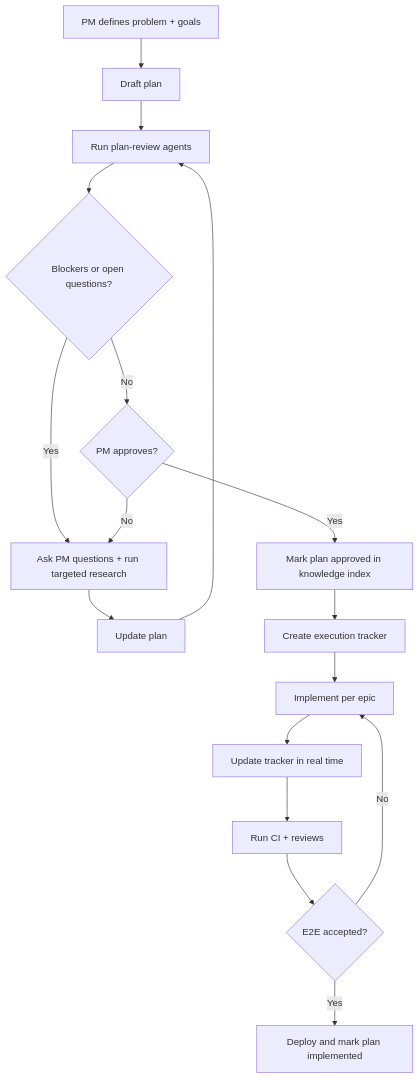
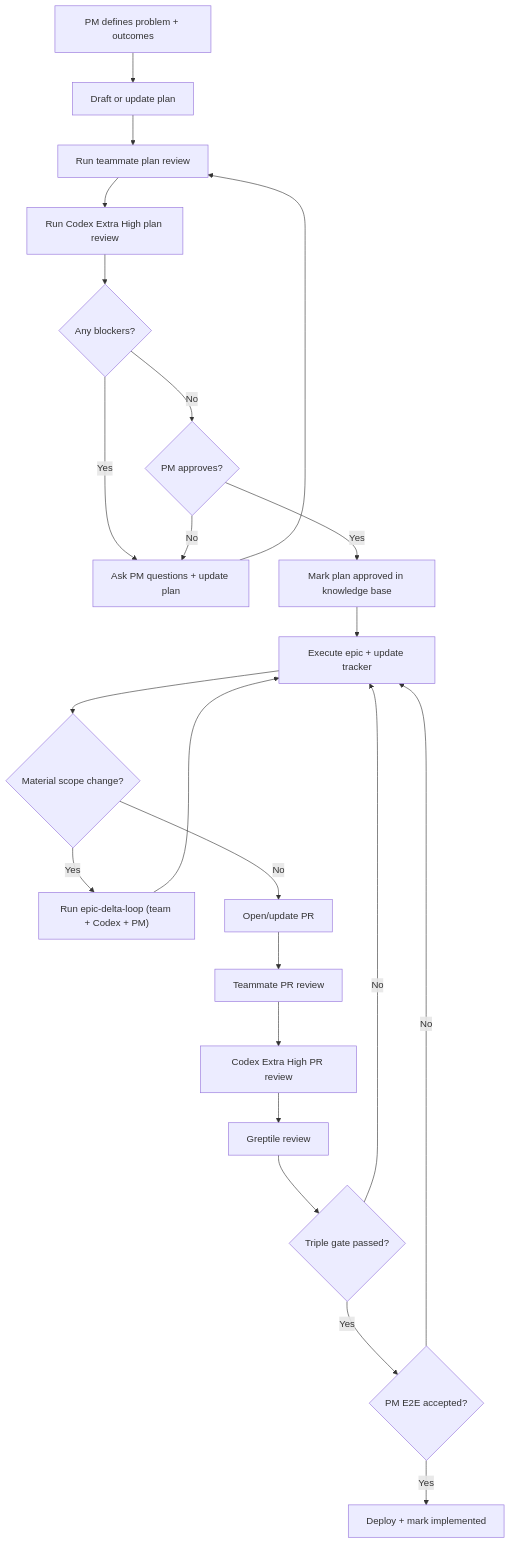
One commit to adam-badar/compound-engineering-system changed the second of 2 diagrams in templates/docs/process/sequence-diagram.md. Above: the diagram before and after it, drawn with Mermaid. The commit also changed other lines of this file and 18 other files, not shown here.

Commit message:
feat: enforce codex and triple review gates with epic delta loop

````diff
--- a/templates/docs/process/sequence-diagram.md
+++ b/templates/docs/process/sequence-diagram.md
@@ -43,19 +66,25 @@
 ```mermaid
 flowchart TD
-    A["PM defines problem + goals"] --> B["Draft plan"]
-    B --> C["Run plan-review agents"]
-    C --> D{"Blockers or open questions?"}
-    D -- Yes --> E["Ask PM questions + run targeted research"]
-    E --> F["Update plan"]
+    A["PM defines problem + outcomes"] --> B["Draft or update plan"]
+    B --> C["Run teammate plan review"]
+    C --> D["Run Codex Extra High plan review"]
+    D --> E{"Any blockers?"}
+    E -- Yes --> F["Ask PM questions + update plan"]
     F --> C
-    D -- No --> G{"PM approves?"}
-    G -- No --> E
-    G -- Yes --> H["Mark plan approved in knowledge index"]
-    H --> I["Create execution tracker"]
-    I --> J["Implement per epic"]
-    J --> K["Update tracker in real time"]
-    K --> L["Run CI + reviews"]
-    L --> M{"E2E accepted?"}
-    M -- No --> J
-    M -- Yes --> N["Deploy and mark plan implemented"]
+    E -- No --> G{"PM approves?"}
+    G -- No --> F
+    G -- Yes --> H["Mark plan approved in knowledge base"]
+    H --> I["Execute epic + update tracker"]
+    I --> J{"Material scope change?"}
+    J -- Yes --> K["Run epic-delta-loop (team + Codex + PM)"]
+    K --> I
+    J -- No --> L["Open/update PR"]
+    L --> M["Teammate PR review"]
+    M --> N["Codex Extra High PR review"]
+    N --> O["Greptile review"]
+    O --> P{"Triple gate passed?"}
+    P -- No --> I
+    P -- Yes --> Q{"PM E2E accepted?"}
+    Q -- No --> I
+    Q -- Yes --> R["Deploy + mark implemented"]
 ```
````
